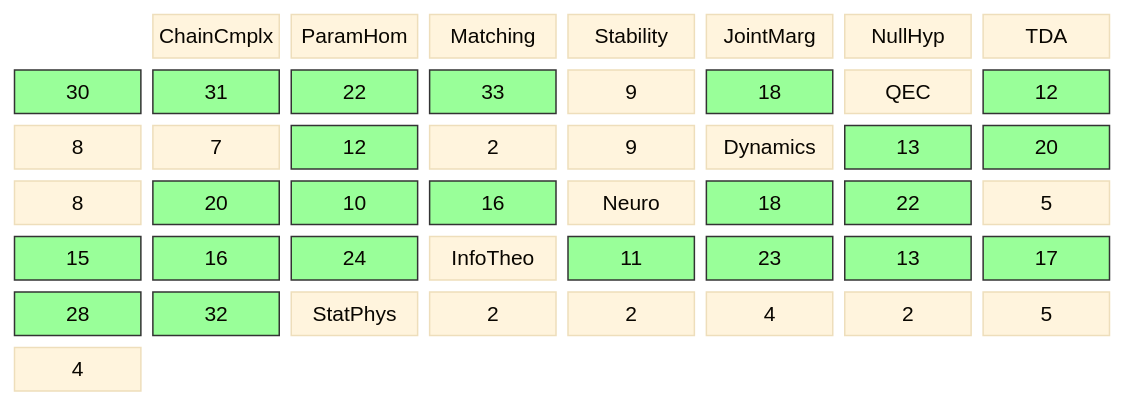
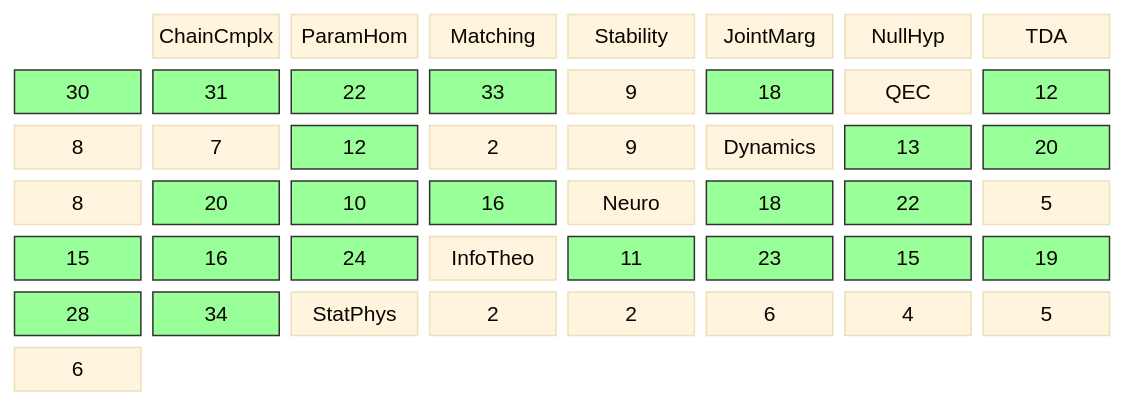
One commit to musicofhel/topoyolo changed the diagram in diagrams/coverage-matrix.md. Above: the diagram before and after it, drawn with Mermaid. The commit also changed other lines of this file and 8 other files, not shown here.

````diff
--- a/diagrams/coverage-matrix.md
+++ b/diagrams/coverage-matrix.md
@@ -22,37 +22,37 @@
 ```mermaid
 %%{init: {'theme': 'base', 'themeVariables': {'fontSize': '14px'}}}%%
 block-beta
   columns 8
 
   space:1 CC["ChainCmplx"] PH["ParamHom"] MA["Matching"] ST["Stability"] JM["JointMarg"] NH["NullHyp"]
 
   TDA["TDA"] TDA_CC["30"] TDA_PH["31"] TDA_MA["22"] TDA_ST["33"] TDA_JM["9"] TDA_NH["18"]
   QEC["QEC"] QEC_CC["12"] QEC_PH["8"] QEC_MA["7"] QEC_ST["12"] QEC_JM["2"] QEC_NH["9"]
   DYN["Dynamics"] DYN_CC["13"] DYN_PH["20"] DYN_MA["8"] DYN_ST["20"] DYN_JM["10"] DYN_NH["16"]
   NEU["Neuro"] NEU_CC["18"] NEU_PH["22"] NEU_MA["5"] NEU_ST["15"] NEU_JM["16"] NEU_NH["24"]
-  IT["InfoTheo"] IT_CC["11"] IT_PH["23"] IT_MA["13"] IT_ST["17"] IT_JM["28"] IT_NH["32"]
-  SP["StatPhys"] SP_CC["2"] SP_PH["2"] SP_MA["4"] SP_ST["2"] SP_JM["5"] SP_NH["4"]
+  IT["InfoTheo"] IT_CC["11"] IT_PH["23"] IT_MA["15"] IT_ST["19"] IT_JM["28"] IT_NH["34"]
+  SP["StatPhys"] SP_CC["2"] SP_PH["2"] SP_MA["6"] SP_ST["4"] SP_JM["5"] SP_NH["6"]
   style TDA_CC fill:#9f9,stroke:#333
   style TDA_PH fill:#9f9,stroke:#333
   style TDA_MA fill:#9f9,stroke:#333
   style TDA_ST fill:#9f9,stroke:#333
   style TDA_NH fill:#9f9,stroke:#333
   style QEC_CC fill:#9f9,stroke:#333
   style QEC_ST fill:#9f9,stroke:#333
   style DYN_CC fill:#9f9,stroke:#333
   style DYN_PH fill:#9f9,stroke:#333
   style DYN_ST fill:#9f9,stroke:#333
   style DYN_JM fill:#9f9,stroke:#333
   style DYN_NH fill:#9f9,stroke:#333
   style NEU_CC fill:#9f9,stroke:#333
   style NEU_PH fill:#9f9,stroke:#333
   style NEU_ST fill:#9f9,stroke:#333
   style NEU_JM fill:#9f9,stroke:#333
   style NEU_NH fill:#9f9,stroke:#333
   style IT_CC fill:#9f9,stroke:#333
   style IT_PH fill:#9f9,stroke:#333
   style IT_MA fill:#9f9,stroke:#333
   style IT_ST fill:#9f9,stroke:#333
   style IT_JM fill:#9f9,stroke:#333
   style IT_NH fill:#9f9,stroke:#333
 ```
````
